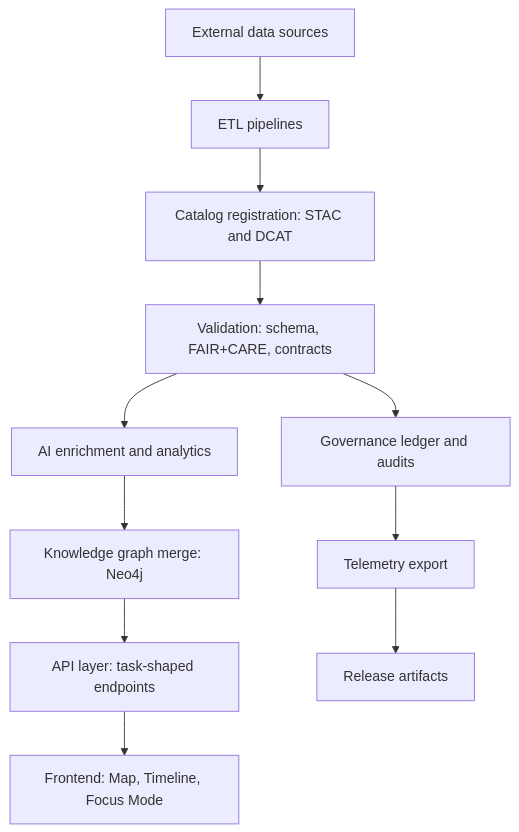
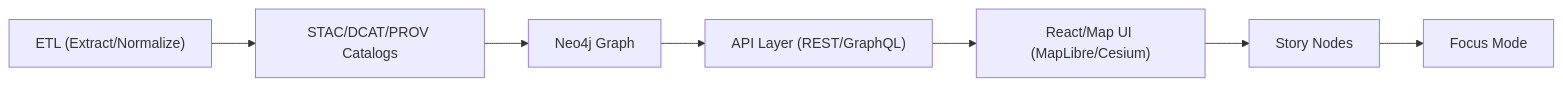
One commit to bartytime4life/Kansas-Frontier-Matrix changed the first of 2 diagrams in docs/architecture/README.md. Above: the diagram before and after it, drawn with Mermaid. The commit also changed other lines of this file, not shown here.

```diff
--- a/docs/architecture/README.md
+++ b/docs/architecture/README.md
@@ -196,13 +153,9 @@
 ~~~mermaid
-flowchart TD
-  A[External data sources] --> B[ETL pipelines]
-  B --> C[Catalog registration: STAC and DCAT]
-  C --> D[Validation: schema, FAIR+CARE, contracts]
-  D --> E[AI enrichment and analytics]
-  E --> F[Knowledge graph merge: Neo4j]
-  F --> G[API layer: task-shaped endpoints]
-  G --> H[Frontend: Map, Timeline, Focus Mode]
-  D --> I[Governance ledger and audits]
-  I --> J[Telemetry export]
-  J --> K[Release artifacts]
+flowchart LR
+  A["ETL (Extract/Normalize)"] --> B["STAC/DCAT/PROV Catalogs"]
+  B --> C["Neo4j Graph"]
+  C --> D["API Layer (REST/GraphQL)"]
+  D --> E["React/Map UI (MapLibre/Cesium)"]
+  E --> F["Story Nodes"]
+  F --> G["Focus Mode"]
 ~~~
```
